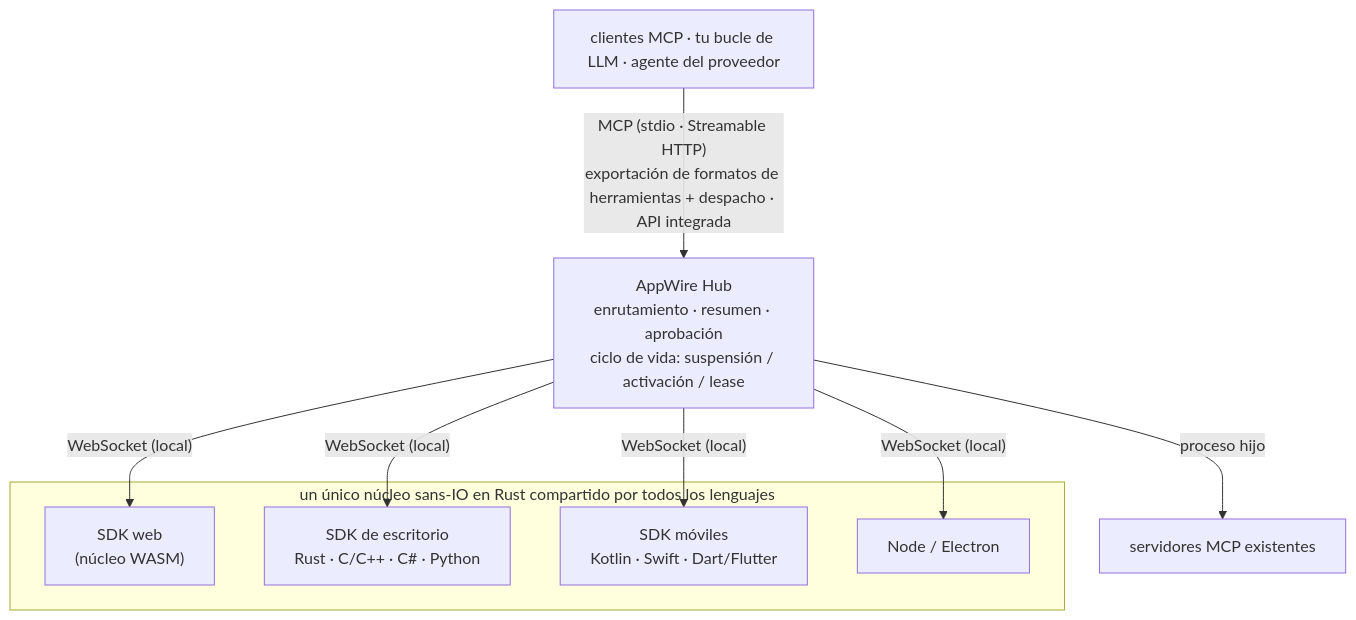
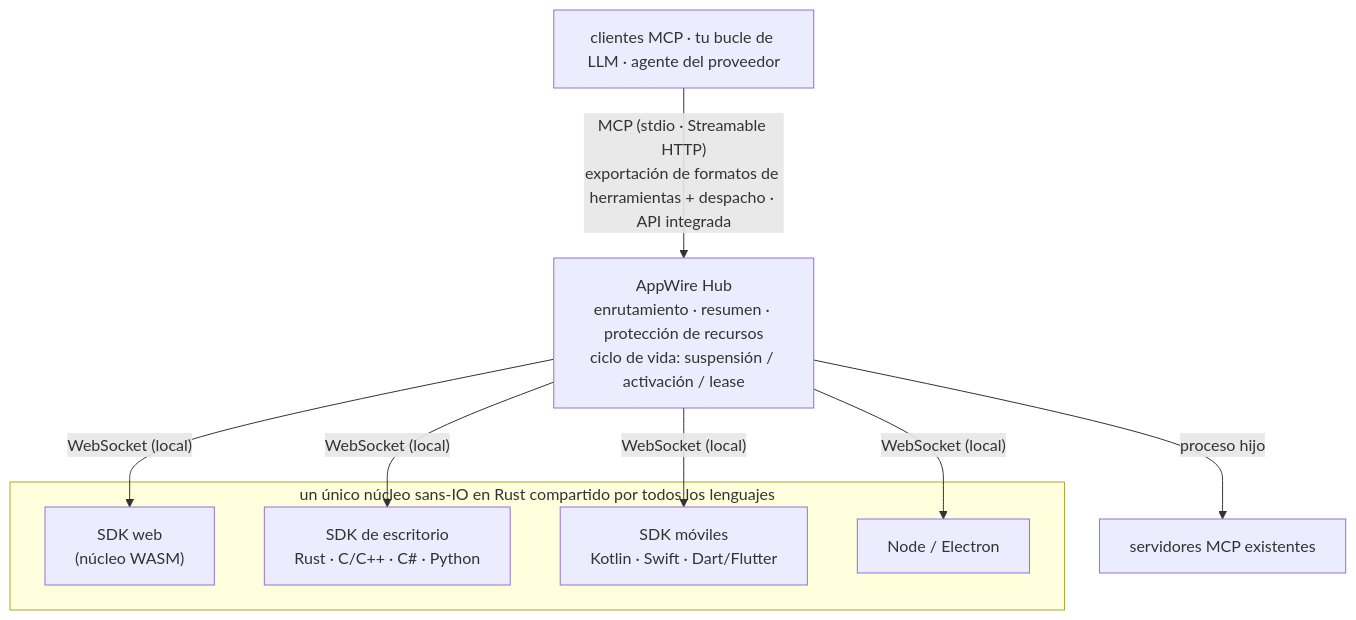
The diagram in docs/README.es.md (stareing/appwire), drawn with Mermaid before and after one commit. The commit also changed other lines of this file and 11 other files, not shown here.

Commit message:
第 18 项 L1 + L4：README（11 种语言）与 llms.txt 去掉"Hub 审批"承诺，改为放行归 Agent、高风险确认归 App、本库如实传递声明并保护资源；补第 9 条原则"看得见、改得回"

````diff
--- a/docs/README.es.md
+++ b/docs/README.es.md
@@ -150,17 +153,17 @@
 ```mermaid
 flowchart TD
   clients["clientes MCP · tu bucle de LLM · agente del proveedor"]
-  hub["AppWire Hub<br/>enrutamiento · resumen · aprobación<br/>ciclo de vida: suspensión / activación / lease"]
+  hub["AppWire Hub<br/>enrutamiento · resumen · protección de recursos<br/>ciclo de vida: suspensión / activación / lease"]
   clients -- "MCP (stdio · Streamable HTTP)<br/>exportación de formatos de herramientas + despacho · API integrada" --> hub
   hub -- "WebSocket (local)" --> web["SDK web<br/>(núcleo WASM)"]
   hub -- "WebSocket (local)" --> desktop["SDK de escritorio<br/>Rust · C/C++ · C# · Python"]
   hub -- "WebSocket (local)" --> mobile["SDK móviles<br/>Kotlin · Swift · Dart/Flutter"]
   hub -- "WebSocket (local)" --> node["Node / Electron"]
   hub -- "proceso hijo" --> upstream["servidores MCP existentes"]
   subgraph core["un único núcleo sans-IO en Rust compartido por todos los lenguajes"]
     web
     desktop
     mobile
     node
   end
 ```
````
